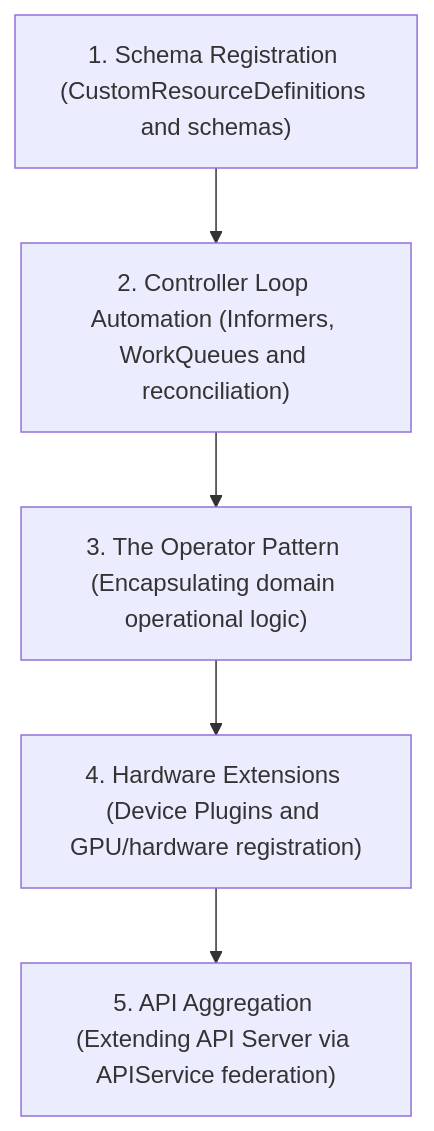
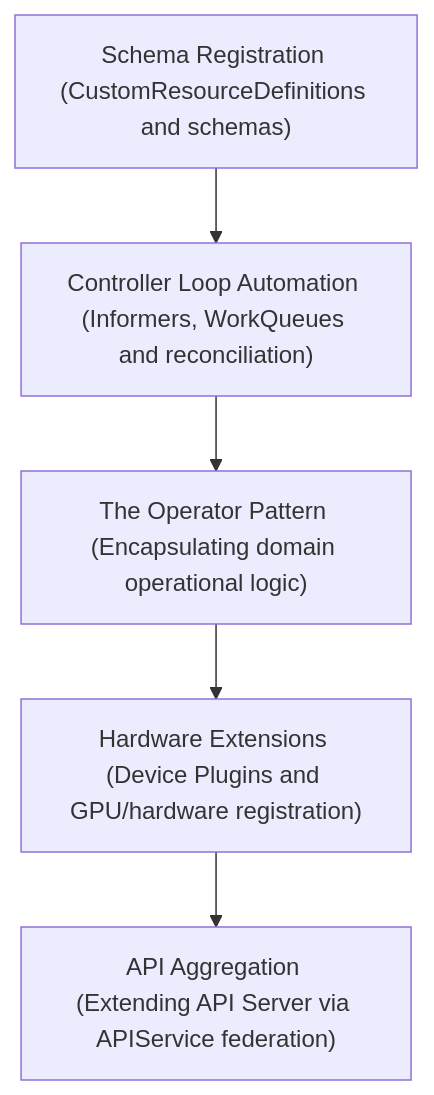
Before and after one commit to kmashour/BrainDump: the diagram in Reference Notes/16_kubernetes_api_extension_and_operators.md, drawn with Mermaid. The commit also changed 15 other files, not shown here.

Commit message:
docs: remove leading numbers from mermaid node labels to avoid list parsing errors

````diff
--- a/Reference Notes/16_kubernetes_api_extension_and_operators.md
+++ b/Reference Notes/16_kubernetes_api_extension_and_operators.md
@@ -11,7 +11,7 @@
 ```mermaid
 graph TD
-    A["1. Schema Registration (CustomResourceDefinitions and schemas)"] --> B["2. Controller Loop Automation (Informers, WorkQueues and reconciliation)"]
-    B --> C["3. The Operator Pattern (Encapsulating domain operational logic)"]
-    C --> D["4. Hardware Extensions (Device Plugins and GPU/hardware registration)"]
-    D --> E["5. API Aggregation (Extending API Server via APIService federation)"]
+    A["Schema Registration (CustomResourceDefinitions and schemas)"] --> B["Controller Loop Automation (Informers, WorkQueues and reconciliation)"]
+    B --> C["The Operator Pattern (Encapsulating domain operational logic)"]
+    C --> D["Hardware Extensions (Device Plugins and GPU/hardware registration)"]
+    D --> E["API Aggregation (Extending API Server via APIService federation)"]
 ```
````
